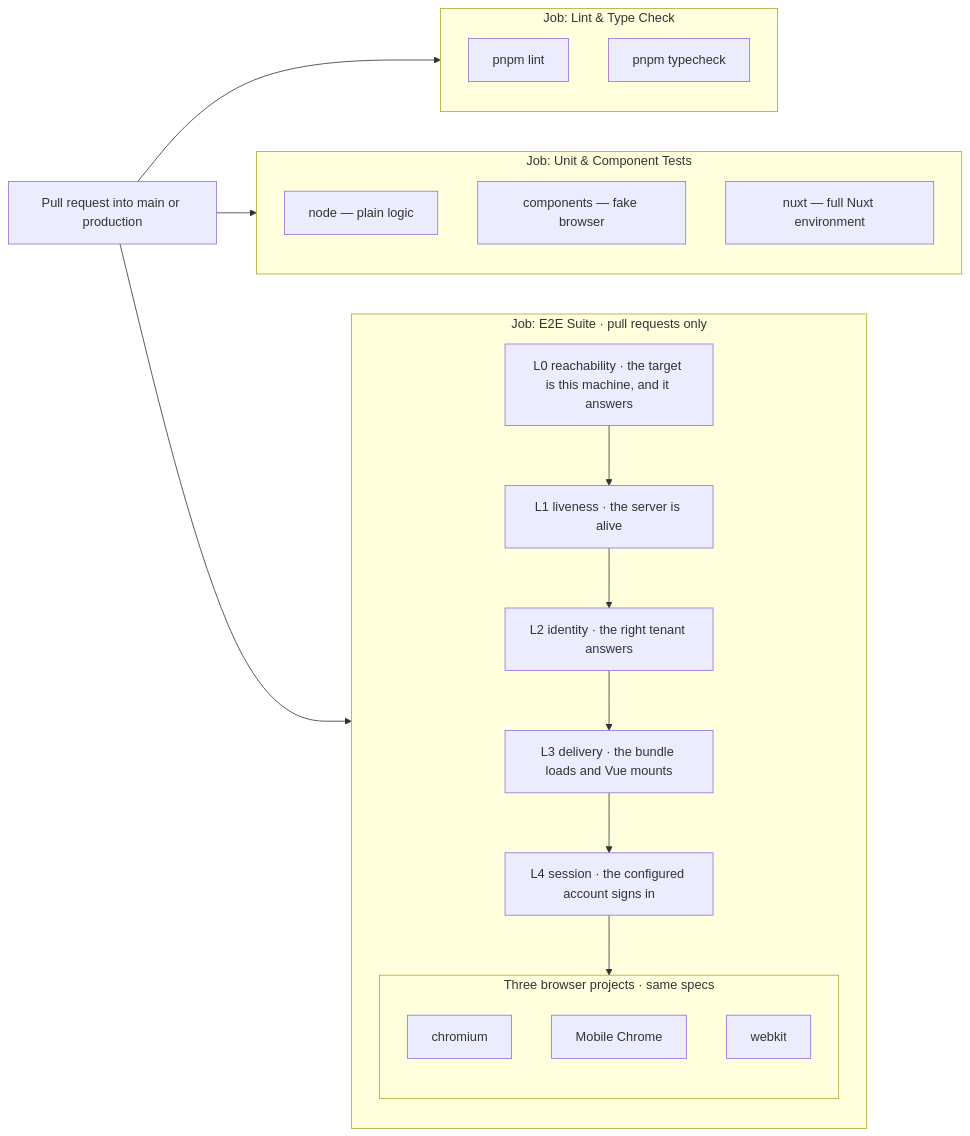
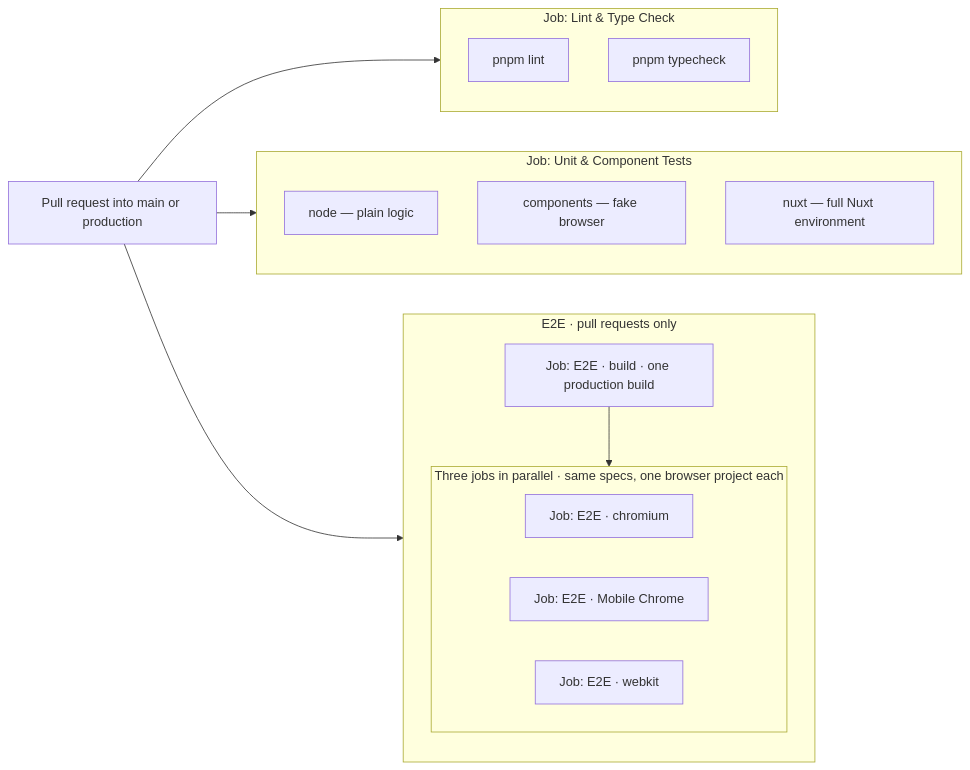
The first of 6 diagrams in docs/test-layers.md (geins-io/sales-portal), drawn with Mermaid before and after one commit. The commit also changed other lines of this file and 3 other files, not shown here.

Commit message:
ci(e2e): build once and run each browser project in its own job

````diff
--- a/docs/test-layers.md
+++ b/docs/test-layers.md
@@ -14,36 +14,33 @@
 ```mermaid
 flowchart LR
     PR["Pull request into main or production"] --> LINT
     PR --> UNIT
     PR --> E2E
 
     subgraph LINT["Job: Lint &amp; Type Check"]
         direction TB
         L1["pnpm lint"]
         L2["pnpm typecheck"]
     end
 
     subgraph UNIT["Job: Unit &amp; Component Tests"]
         direction TB
         U1["node — plain logic"]
         U2["components — fake browser"]
         U3["nuxt — full Nuxt environment"]
     end
 
-    subgraph E2E["Job: E2E Suite · pull requests only"]
+    subgraph E2E["E2E · pull requests only"]
         direction TB
-        P0["L0 reachability · the target is this machine, and it answers"] --> P1["L1 liveness · the server is alive"]
-        P1 --> P2["L2 identity · the right tenant answers"]
-        P2 --> P3["L3 delivery · the bundle loads and Vue mounts"]
-        P3 --> P4["L4 session · the configured account signs in"]
+        BUILD["Job: E2E · build · one production build"]
 
-        subgraph SUITE["Three browser projects · same specs"]
-            direction TB
-            B1["chromium"]
-            B2["Mobile Chrome"]
-            B3["webkit"]
+        subgraph LEGS["Three jobs in parallel · same specs, one browser project each"]
+            direction LR
+            B1["Job: E2E · chromium"]
+            B2["Job: E2E · Mobile Chrome"]
+            B3["Job: E2E · webkit"]
         end
 
-        P4 --> SUITE
+        BUILD --> LEGS
     end
 ```
````
